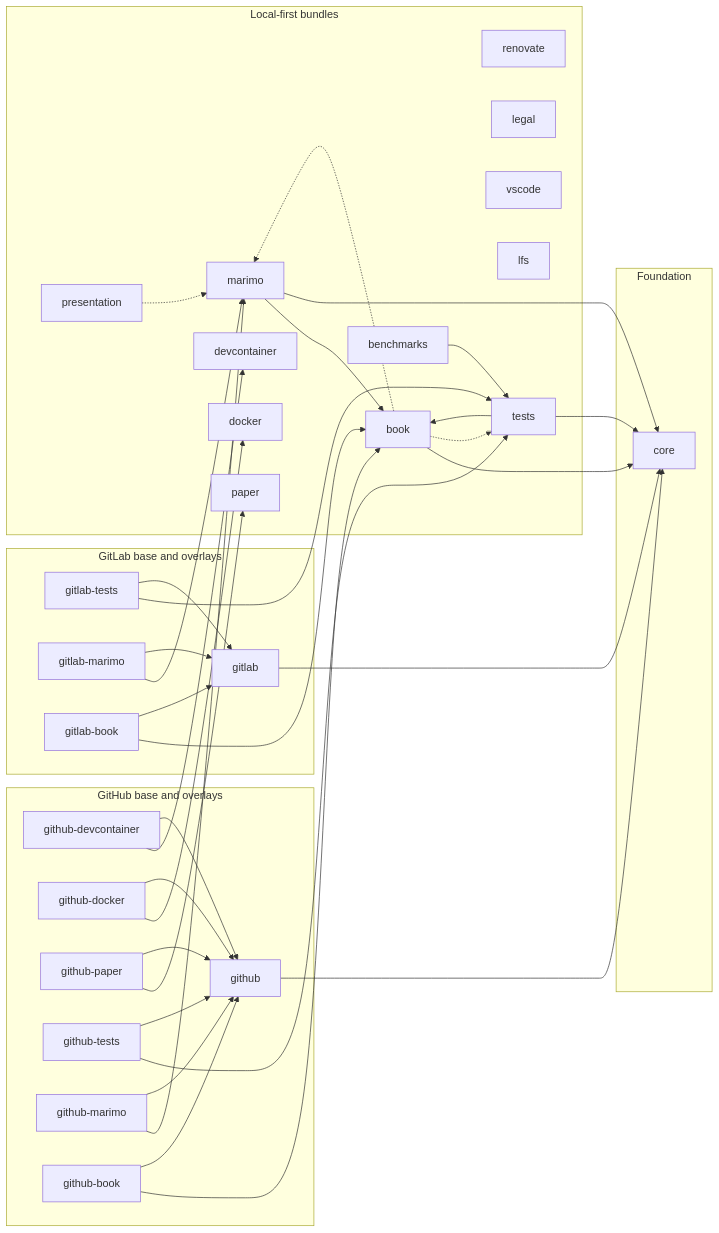
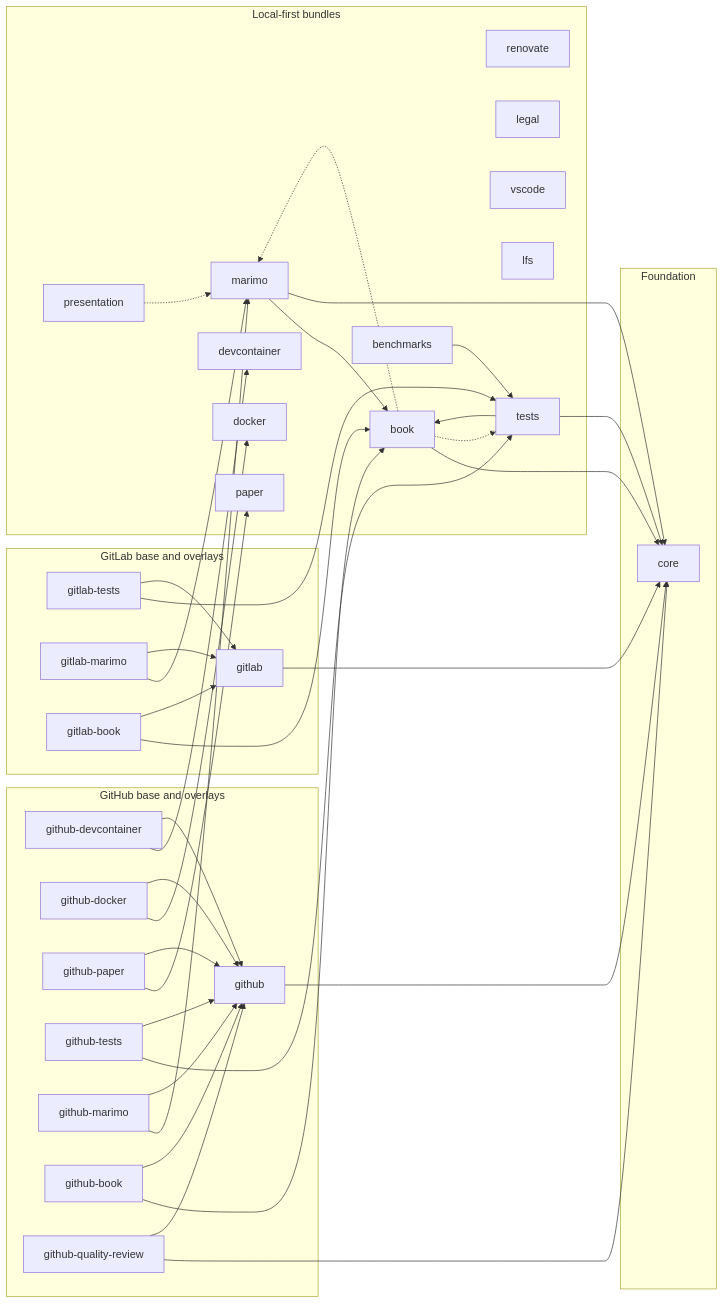
The diagram in docs/reference/GLOSSARY.md (Jebel-Quant/rhiza), drawn with Mermaid before and after one commit. The commit also changed 5 other files, not shown here.

First line of the commit message:
Add opt-in github-quality-review bundle (advisory Claude scorecard)

````diff
--- a/docs/reference/GLOSSARY.md
+++ b/docs/reference/GLOSSARY.md
@@ -42,68 +42,71 @@
 ```mermaid
 flowchart LR
     subgraph Foundation["Foundation"]
         core["core"]
     end
 
     subgraph Local["Local-first bundles"]
         renovate["renovate"]
         legal["legal"]
         devcontainer["devcontainer"]
         vscode["vscode"]
         docker["docker"]
         lfs["lfs"]
         presentation["presentation"]
         paper["paper"]
         book["book"]
         tests["tests"]
         benchmarks["benchmarks"]
         marimo["marimo"]
     end
 
     subgraph GitHub["GitHub base and overlays"]
         github["github"]
         github_devcontainer["github-devcontainer"]
         github_docker["github-docker"]
         github_paper["github-paper"]
         github_tests["github-tests"]
         github_marimo["github-marimo"]
         github_book["github-book"]
+        github_quality_review["github-quality-review"]
     end
 
     subgraph GitLab["GitLab base and overlays"]
         gitlab["gitlab"]
         gitlab_tests["gitlab-tests"]
         gitlab_marimo["gitlab-marimo"]
         gitlab_book["gitlab-book"]
     end
 
     github --> core
     gitlab --> core
     book --> core
     tests --> book
     tests --> core
     benchmarks --> tests
     marimo --> book
     marimo --> core
     github_devcontainer --> devcontainer
     github_devcontainer --> github
     github_docker --> docker
     github_docker --> github
     github_paper --> paper
     github_paper --> github
     github_tests --> tests
     github_tests --> github
     github_marimo --> marimo
     github_marimo --> github
     github_book --> book
     github_book --> github
+    github_quality_review --> core
+    github_quality_review --> github
     gitlab_tests --> tests
     gitlab_tests --> gitlab
     gitlab_marimo --> marimo
     gitlab_marimo --> gitlab
     gitlab_book --> book
     gitlab_book --> gitlab
     presentation -.-> marimo
     book -.-> tests
     book -.-> marimo
 ```
````
